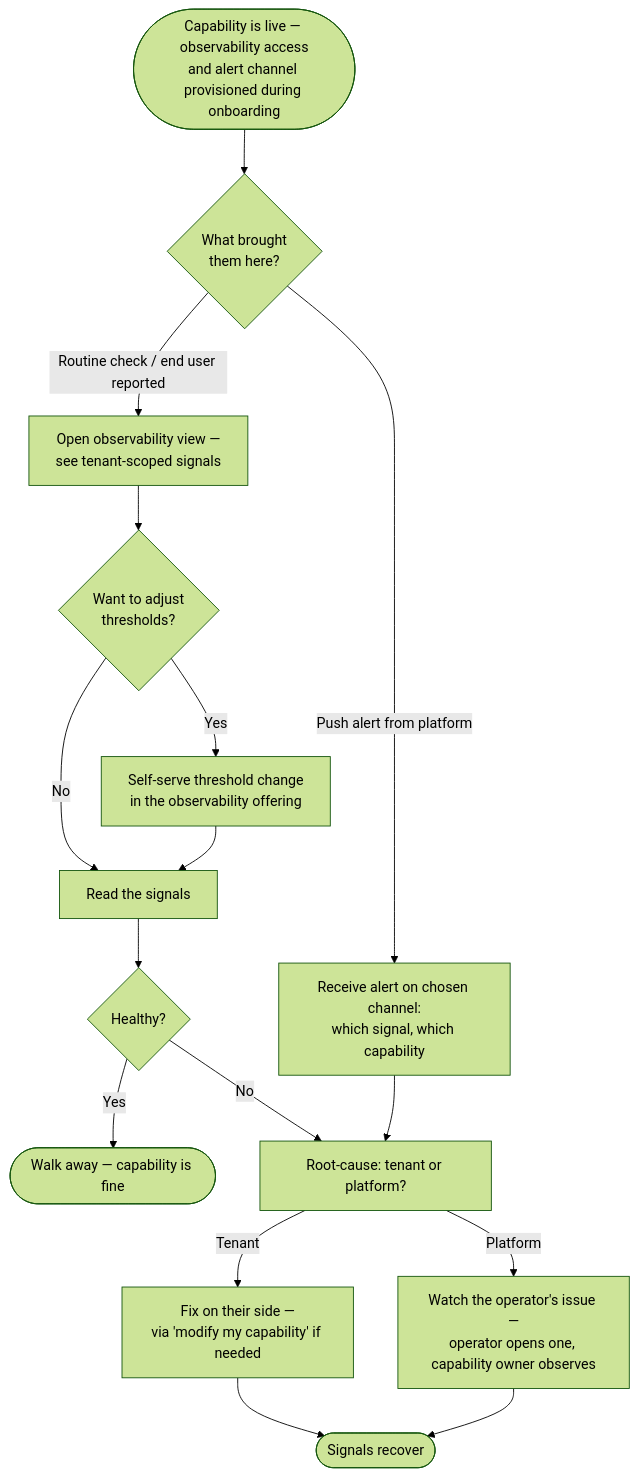
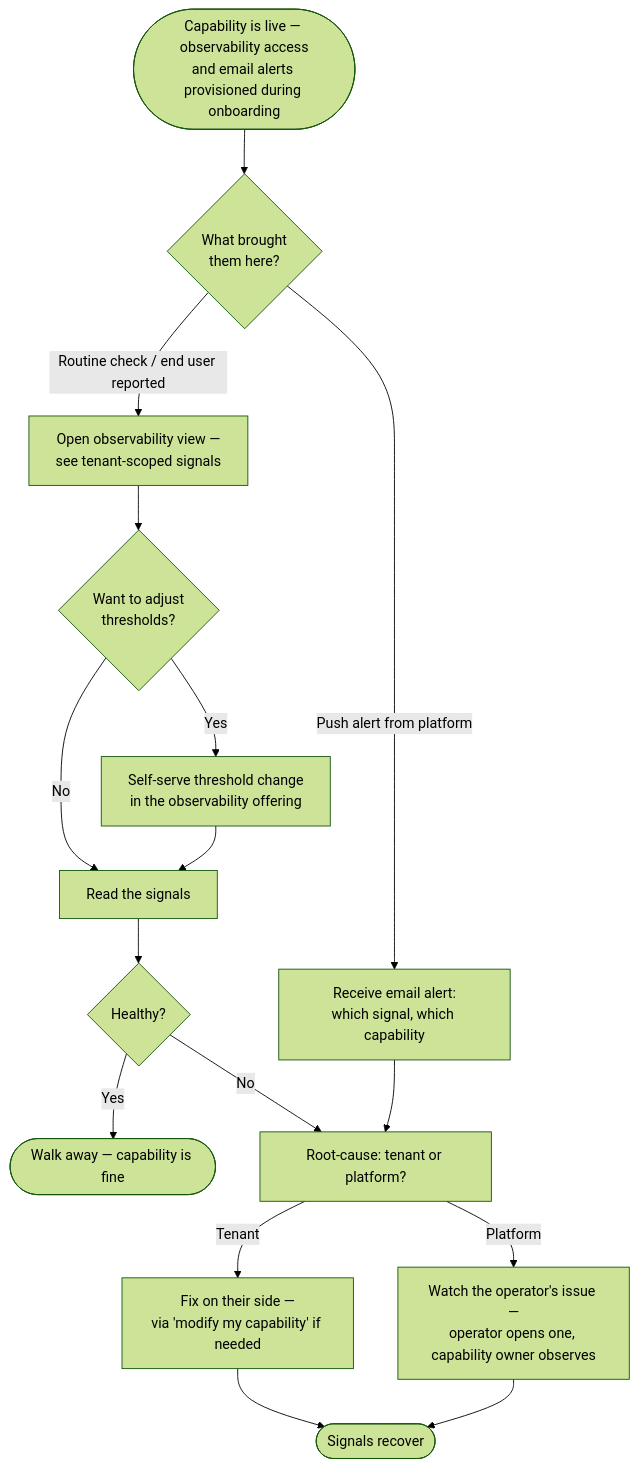
The diagram in docs/content/capabilities/self-hosted-application-platform/user-experiences/tenant-facing-observability.md (Zaba505/infra), drawn with Mermaid (forest theme) before and after one commit. The commit also changed other lines of this file and 1 other file, not shown here.

Commit message:
story(issue-711): resolve open questions for tenant facing observability (#719)

````diff
--- a/docs/content/capabilities/self-hosted-application-platform/user-experiences/tenant-facing-observability.md
+++ b/docs/content/capabilities/self-hosted-application-platform/user-experiences/tenant-facing-observability.md
@@ -89,18 +92,18 @@
 ```mermaid
 flowchart TD
-    Onboarded([Capability is live — observability access<br/>and alert channel provisioned during onboarding]) --> Trigger{What brought<br/>them here?}
+    Onboarded([Capability is live — observability access<br/>and email alerts provisioned during onboarding]) --> Trigger{What brought<br/>them here?}
     Trigger -->|Routine check / end user reported| Pull[Open observability view —<br/>see tenant-scoped signals]
-    Trigger -->|Push alert from platform| Alert[Receive alert on chosen channel:<br/>which signal, which capability]
+    Trigger -->|Push alert from platform| Alert[Receive email alert:<br/>which signal, which capability]
     Pull --> Tune{Want to adjust<br/>thresholds?}
     Tune -->|Yes| Self[Self-serve threshold change<br/>in the observability offering]
     Tune -->|No| Read[Read the signals]
     Self --> Read
     Read --> Healthy{Healthy?}
     Healthy -->|Yes| Done([Walk away — capability is fine])
     Healthy -->|No| RootCause
     Alert --> RootCause[Root-cause: tenant or platform?]
     RootCause -->|Tenant| FixSelf[Fix on their side —<br/>via 'modify my capability' if needed]
     RootCause -->|Platform| Watch[Watch the operator's issue —<br/>operator opens one, capability owner observes]
     FixSelf --> Recover([Signals recover])
     Watch --> Recover
 ```
````
